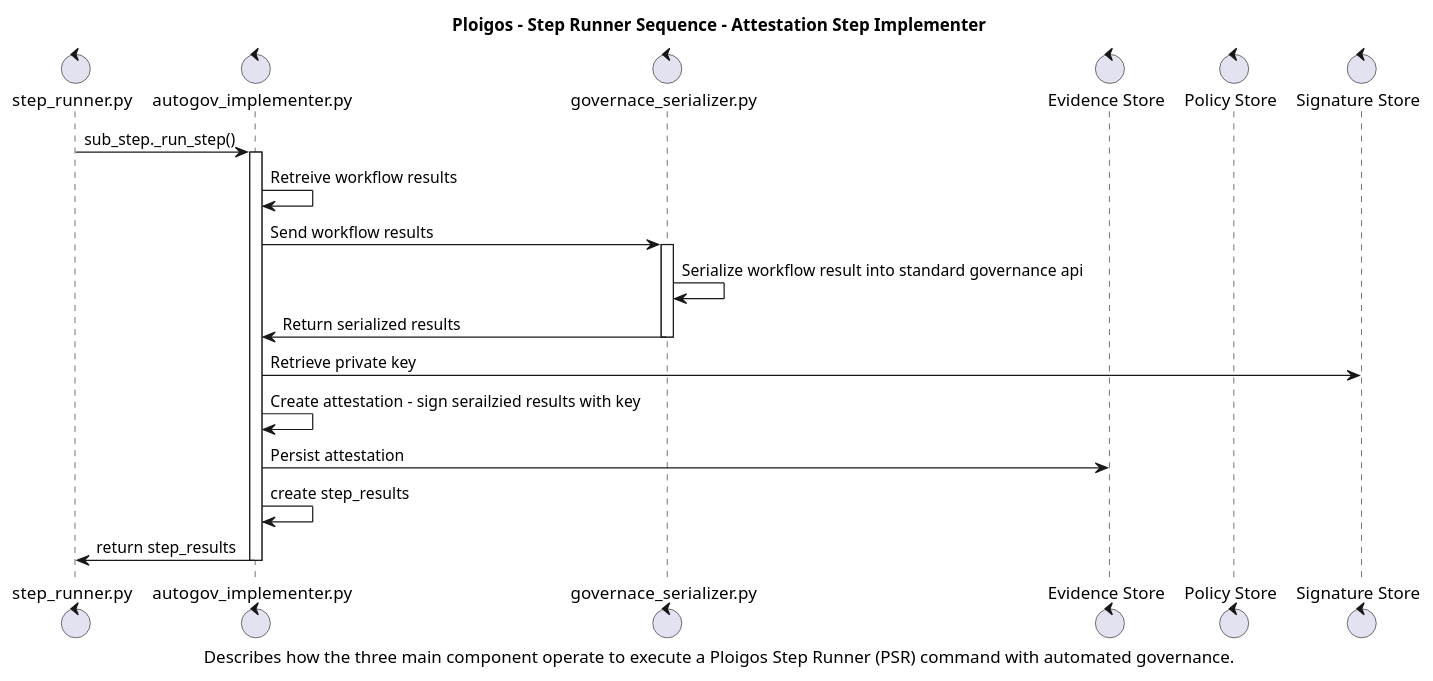
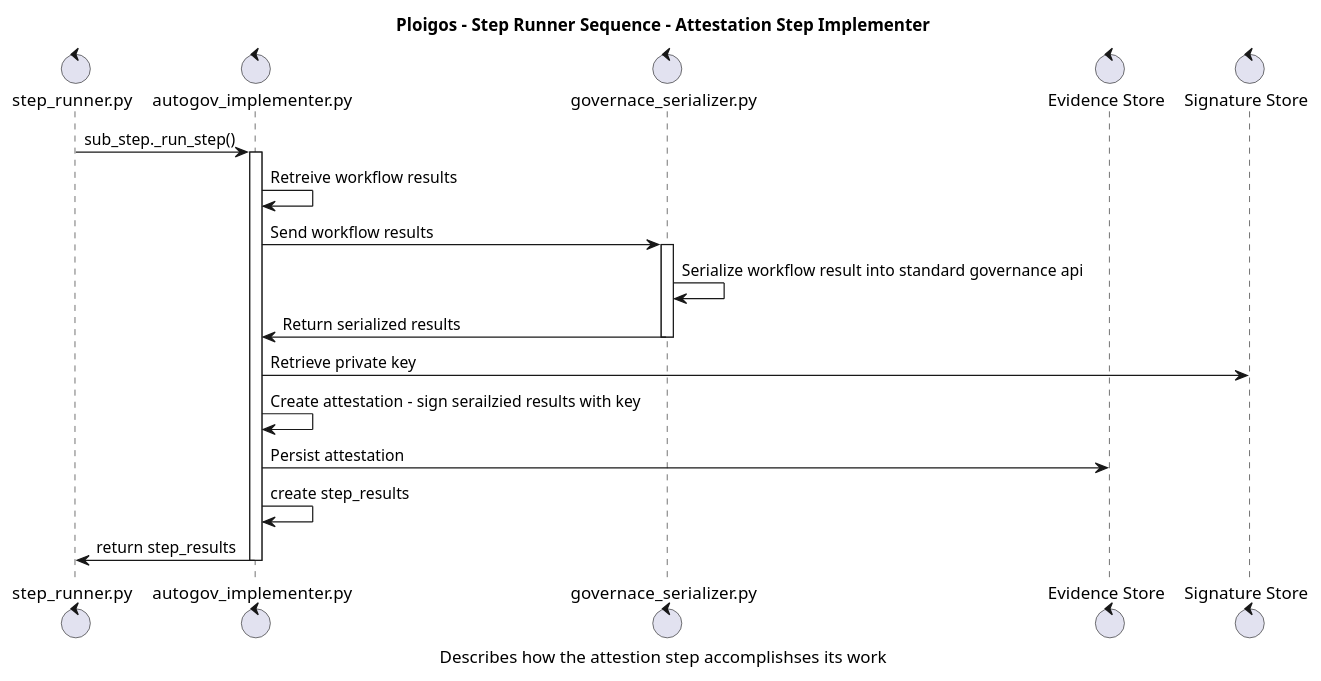
Before and after one commit to ploigos/ploigos-docs: the diagram in images/uml-diagrams/automated-governance/ploigos-step-runner.audit-step-implementer.sequence.puml, drawn with PlantUML.

Commit message:
updated vergiabe, removed policy store control

```diff
--- a/images/uml-diagrams/automated-governance/ploigos-step-runner.audit-step-implementer.sequence.puml
+++ b/images/uml-diagrams/automated-governance/ploigos-step-runner.audit-step-implementer.sequence.puml
@@ -1,35 +1,34 @@
 @startuml
 
 title Ploigos - Step Runner Sequence - Attestation Step Implementer
-caption Describes how the three main component operate to execute a Ploigos Step Runner (PSR) command with automated governance.
+caption Describes how the attestion step accomplishses its work 
 
 control "step_runner.py" as stepRunner
 control "autogov_implementer.py" as stepImpl
 control "governace_serializer.py" as govSerial
 
 control "Evidence Store" as evidenceStore
-control "Policy Store" as policyStore
 control "Signature Store" as sigstore
 
 stepRunner -> stepImpl : sub_step._run_step()
 
 activate stepImpl
 
     stepImpl -> stepImpl : Retreive workflow results
     stepImpl -> govSerial : Send workflow results
 
     activate govSerial
         govSerial -> govSerial:  Serialize workflow result into standard governance api
         stepImpl <- govSerial : Return serialized results
     deactivate govSerial
 
     stepImpl -> sigstore : Retrieve private key
     stepImpl -> stepImpl : Create attestation - sign serailzied results with key
     stepImpl -> evidenceStore : Persist attestation
 
     stepImpl -> stepImpl : create step_results
     stepRunner <- stepImpl : return step_results
 
 deactivate stepImpl
 
 @enduml
```
